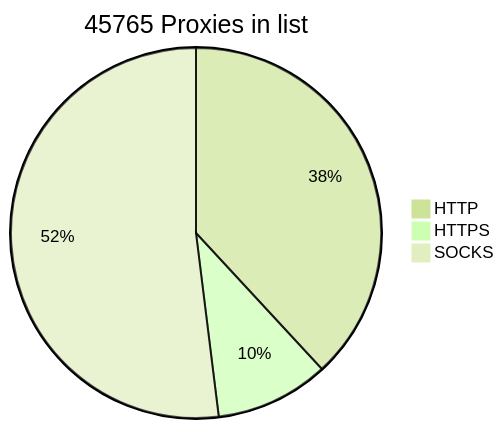
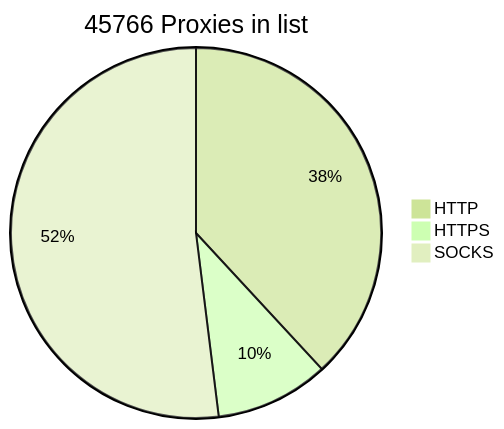
Before and after one commit to BlackSnowDot/proxylist-update-every-minute: the diagram in README.md, drawn with Mermaid (forest theme).

````diff
--- a/README.md
+++ b/README.md
@@ -2,6 +2,6 @@
 ```mermaid
-pie title 45765 Proxies in list
-    "HTTP" : 19058
+pie title 45766 Proxies in list
+    "HTTP" : 19059
     "HTTPS": 4958
     "SOCKS" : 25981
 ```
````
